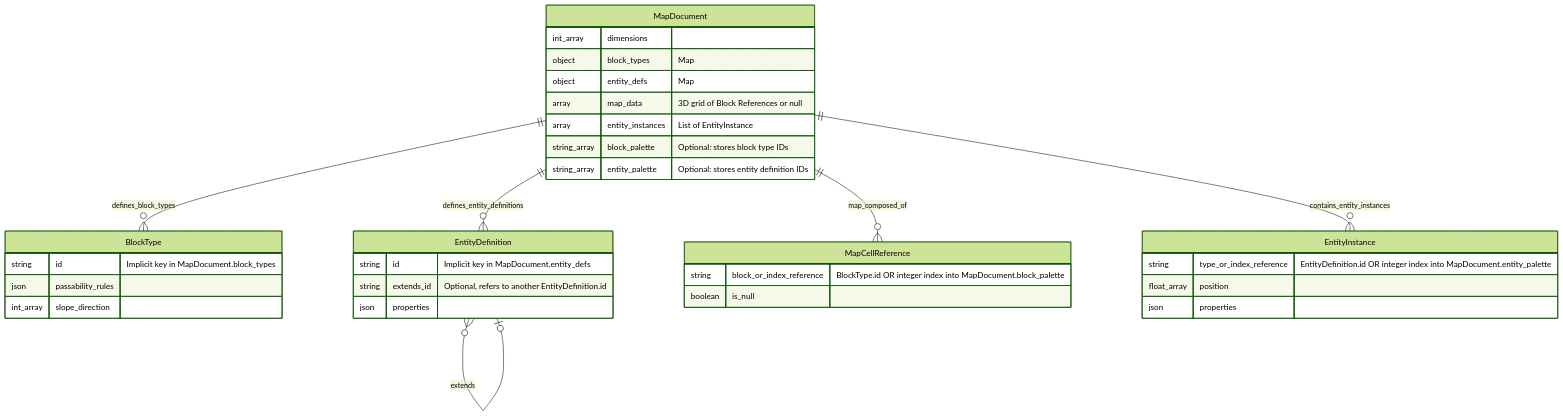
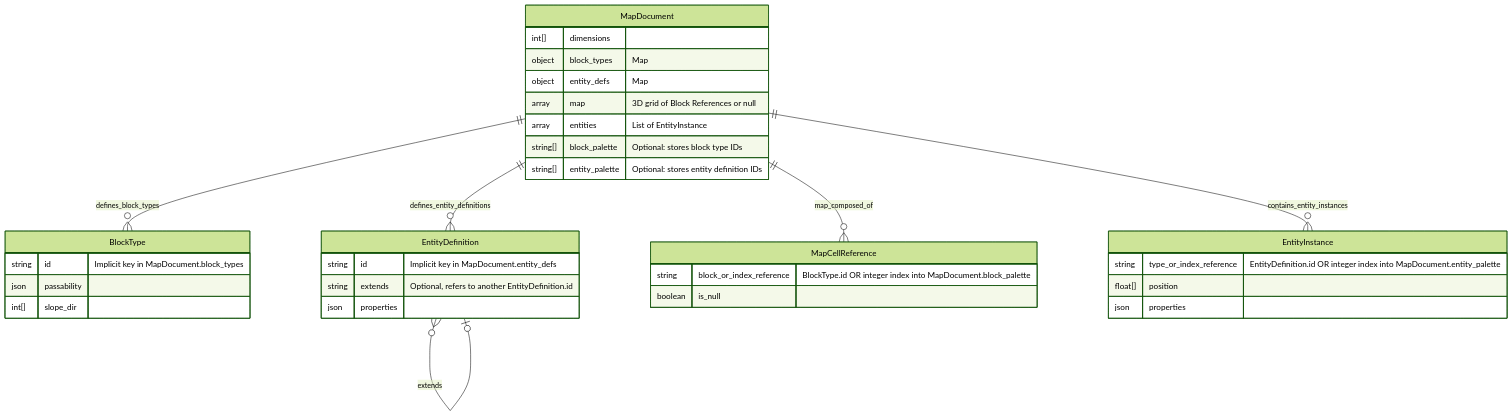
One commit to leynos/lille changed the diagram in docs/map-data-format.md. Above: the diagram before and after it, drawn with Mermaid (forest theme). The commit also changed other lines of this file, not shown here.

Commit message:
Refine map format doc

````diff
--- a/docs/map-data-format.md
+++ b/docs/map-data-format.md
@@ -29,38 +29,38 @@
 ```mermaid
 erDiagram
     MapDocument {
-        int_array dimensions
+        int[] dimensions
         object block_types "Map<String, BlockType>"
         object entity_defs "Map<String, EntityDefinition>"
-        array map_data "3D grid of Block References or null"
-        array entity_instances "List of EntityInstance"
-        string_array block_palette "Optional: stores block type IDs"
-        string_array entity_palette "Optional: stores entity definition IDs"
+        array map "3D grid of Block References or null"
+        array entities "List of EntityInstance"
+        string[] block_palette "Optional: stores block type IDs"
+        string[] entity_palette "Optional: stores entity definition IDs"
     }
     BlockType {
         string id "Implicit key in MapDocument.block_types"
-        json passability_rules
-        int_array slope_direction
+        json passability
+        int[] slope_dir
     }
     EntityDefinition {
         string id "Implicit key in MapDocument.entity_defs"
-        string extends_id "Optional, refers to another EntityDefinition.id"
+        string extends "Optional, refers to another EntityDefinition.id"
         json properties
     }
     MapCellReference {
         string block_or_index_reference "BlockType.id OR integer index into MapDocument.block_palette"
         boolean is_null
     }
     EntityInstance {
         string type_or_index_reference "EntityDefinition.id OR integer index into MapDocument.entity_palette"
-        float_array position
+        float[] position
         json properties
     }
 
     MapDocument ||--o{ BlockType : "defines_block_types"
     MapDocument ||--o{ EntityDefinition : "defines_entity_definitions"
     MapDocument ||--o{ MapCellReference : "map_composed_of"
     MapDocument ||--o{ EntityInstance : "contains_entity_instances"
 
     EntityDefinition }o--o| EntityDefinition : "extends"
 ```
````
